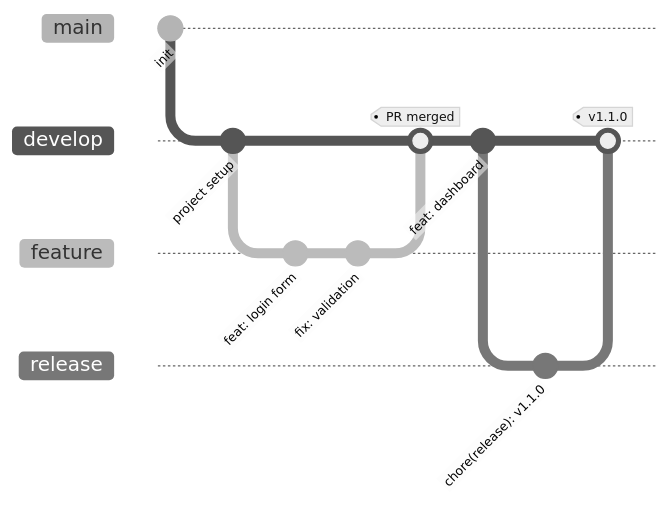
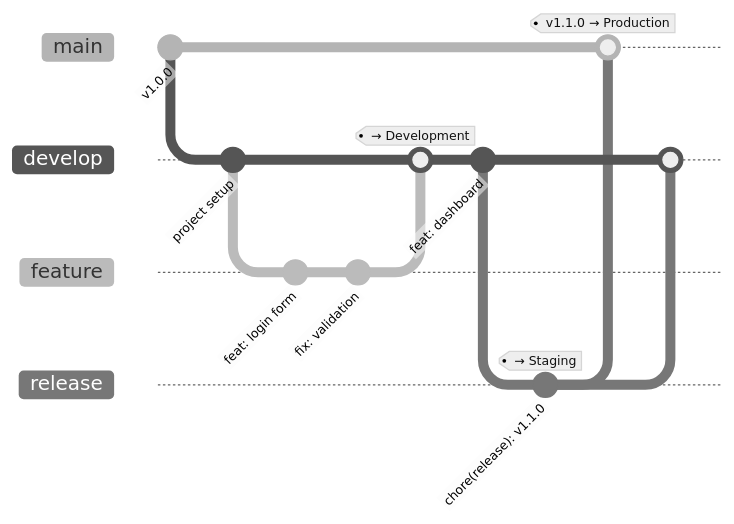
The third of 3 diagrams in README.md (FSichi/gitwiz), drawn with Mermaid (neutral theme) before and after one commit. The commit also changed other lines of this file, not shown here.

First line of the commit message:
docs: add three environments (dev/staging/prod) to the workflow guide

````diff
--- a/README.md
+++ b/README.md
@@ -147,19 +167,21 @@
 ```mermaid
 gitGraph
-    commit id: "init"
+    commit id: "v1.0.0"
     branch develop
     checkout develop
     commit id: "project setup"
     branch feature
     checkout feature
     commit id: "feat: login form"
     commit id: "fix: validation"
     checkout develop
-    merge feature tag: "PR merged"
+    merge feature tag: "→ Development"
     commit id: "feat: dashboard"
     branch release
     checkout release
-    commit id: "chore(release): v1.1.0"
+    commit id: "chore(release): v1.1.0" tag: "→ Staging"
+    checkout main
+    merge release tag: "v1.1.0 → Production"
     checkout develop
-    merge release tag: "v1.1.0"
+    merge release
 ```
````
